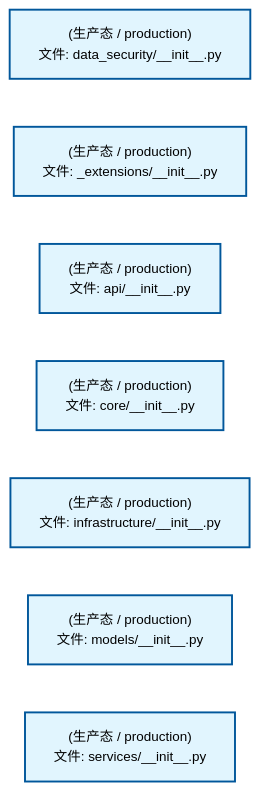
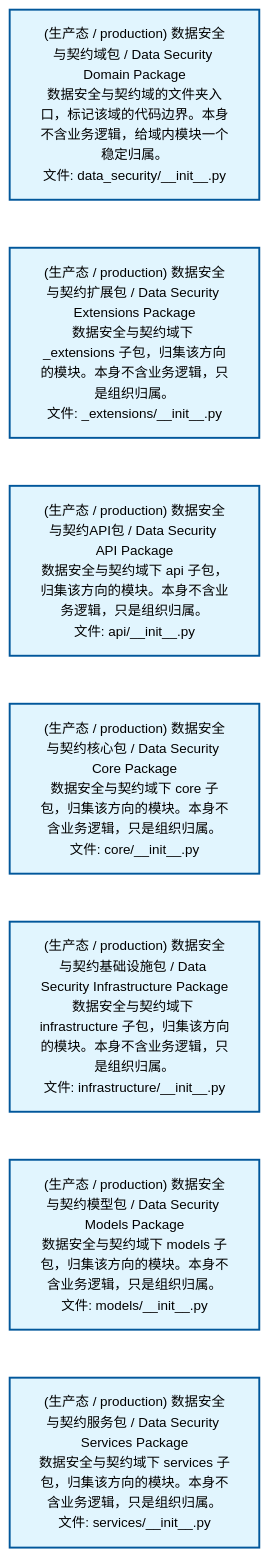
One commit to xuanFelixVan/ZephyrAlpha changed the diagram in docs/02_enterprise_architecture/02_domain_architecture_docs/14_d_data_sec.md. Above: the diagram before and after it, drawn with Mermaid. The commit also changed 54 other files, not shown here.

````diff
--- a/docs/02_enterprise_architecture/02_domain_architecture_docs/14_d_data_sec.md
+++ b/docs/02_enterprise_architecture/02_domain_architecture_docs/14_d_data_sec.md
@@ -53,22 +53,22 @@
 ```mermaid
 %%{init: {'theme': 'base', 'themeVariables': {'primaryColor': '#eaeaea', 'primaryTextColor': '#333333', 'primaryBorderColor': '#666666', 'lineColor': '#666666', 'secondaryColor': '#eaeaea', 'tertiaryColor': '#eaeaea', 'fontSize': '14px'}}}%%
 flowchart TD
-    src_zephyr_data_security_init_py["(生产态 / production)<br/>文件: data_security/__init__.py"]
-    src_zephyr_data_security_extensions_init_py["(生产态 / production)<br/>文件: _extensions/__init__.py"]
-    src_zephyr_data_security_api_init_py["(生产态 / production)<br/>文件: api/__init__.py"]
-    src_zephyr_data_security_core_init_py["(生产态 / production)<br/>文件: core/__init__.py"]
-    src_zephyr_data_security_infrastructure_init_py["(生产态 / production)<br/>文件: infrastructure/__init__.py"]
-    src_zephyr_data_security_models_init_py["(生产态 / production)<br/>文件: models/__init__.py"]
-    src_zephyr_data_security_services_init_py["(生产态 / production)<br/>文件: services/__init__.py"]
+    src_zephyr_data_security_init_py["(生产态 / production) 数据安全与契约域包 / Data Security Domain Package<br/>数据安全与契约域的文件夹入口，标记该域的代码边界。本身不含业务逻辑，给域内模块一个稳定归属。<br/>文件: data_security/__init__.py"]
+    src_zephyr_data_security_extensions_init_py["(生产态 / production) 数据安全与契约扩展包 / Data Security Extensions Package<br/>数据安全与契约域下 _extensions 子包，归集该方向的模块。本身不含业务逻辑，只是组织归属。<br/>文件: _extensions/__init__.py"]
+    src_zephyr_data_security_api_init_py["(生产态 / production) 数据安全与契约API包 / Data Security API Package<br/>数据安全与契约域下 api 子包，归集该方向的模块。本身不含业务逻辑，只是组织归属。<br/>文件: api/__init__.py"]
+    src_zephyr_data_security_core_init_py["(生产态 / production) 数据安全与契约核心包 / Data Security Core Package<br/>数据安全与契约域下 core 子包，归集该方向的模块。本身不含业务逻辑，只是组织归属。<br/>文件: core/__init__.py"]
+    src_zephyr_data_security_infrastructure_init_py["(生产态 / production) 数据安全与契约基础设施包 / Data Security Infrastructure Package<br/>数据安全与契约域下 infrastructure 子包，归集该方向的模块。本身不含业务逻辑，只是组织归属。<br/>文件: infrastructure/__init__.py"]
+    src_zephyr_data_security_models_init_py["(生产态 / production) 数据安全与契约模型包 / Data Security Models Package<br/>数据安全与契约域下 models 子包，归集该方向的模块。本身不含业务逻辑，只是组织归属。<br/>文件: models/__init__.py"]
+    src_zephyr_data_security_services_init_py["(生产态 / production) 数据安全与契约服务包 / Data Security Services Package<br/>数据安全与契约域下 services 子包，归集该方向的模块。本身不含业务逻辑，只是组织归属。<br/>文件: services/__init__.py"]
     src_zephyr_data_security_init_py ~~~ src_zephyr_data_security_extensions_init_py
     src_zephyr_data_security_extensions_init_py ~~~ src_zephyr_data_security_api_init_py
     src_zephyr_data_security_api_init_py ~~~ src_zephyr_data_security_core_init_py
     src_zephyr_data_security_core_init_py ~~~ src_zephyr_data_security_infrastructure_init_py
     src_zephyr_data_security_infrastructure_init_py ~~~ src_zephyr_data_security_models_init_py
     src_zephyr_data_security_models_init_py ~~~ src_zephyr_data_security_services_init_py
     classDef production fill:#e1f5fe,stroke:#01579b,stroke-width:2px,color:#000
     classDef design fill:#fff3e0,stroke:#e65100,stroke-width:2px,color:#000,stroke-dasharray: 5 5
     classDef external_prod fill:#e8f4fd,stroke:#0277bd,stroke-width:1px,color:#000
     classDef external_design fill:#fff8e7,stroke:#ef6c00,stroke-width:1px,color:#000,stroke-dasharray: 5 5
     class src_zephyr_data_security_init_py,src_zephyr_data_security_extensions_init_py,src_zephyr_data_security_api_init_py,src_zephyr_data_security_core_init_py,src_zephyr_data_security_infrastructure_init_py,src_zephyr_data_security_models_init_py,src_zephyr_data_security_services_init_py production
 ```
````
